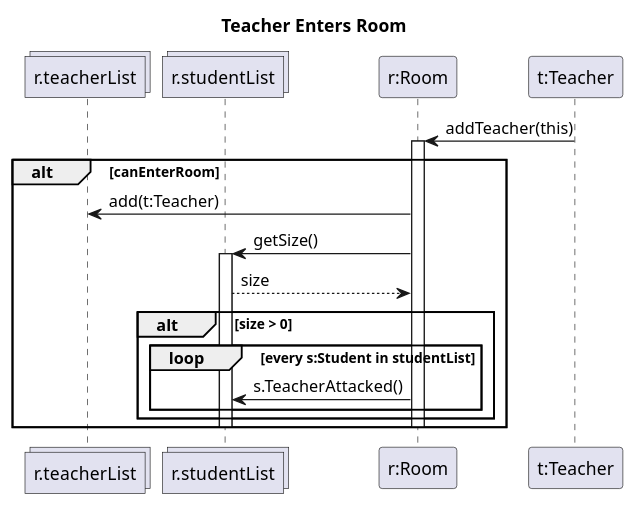
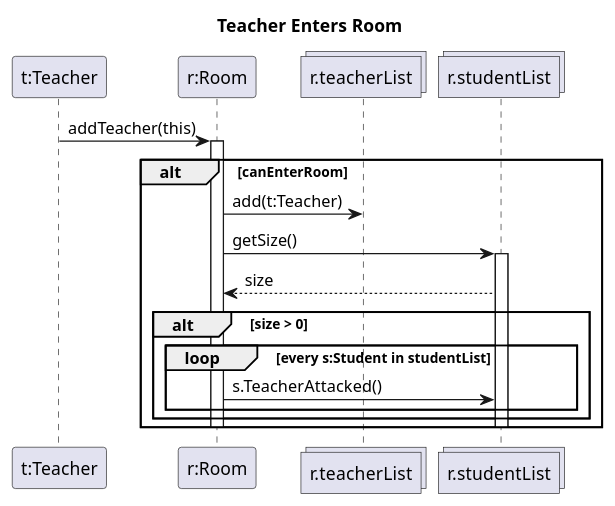
Before and after one commit to MBakter/echo: the diagram in teacher_enters_room.plantuml, drawn with PlantUML. The commit also changed other lines of this file and 6 other files, not shown here.

```diff
--- a/teacher_enters_room.plantuml
+++ b/teacher_enters_room.plantuml
@@ -1,25 +1,25 @@
 @startuml 
 title Teacher Enters Room
+participant "t:Teacher" as Teacher
+participant "r:Room" as Room
 collections "r.teacherList" as tl
 collections "r.studentList" as sl
-participant "r:Room" as Room
-participant "t:Teacher" as Teacher
 
 Teacher -> Room : addTeacher(this)
 alt canEnterRoom
 
     activate Room
         Room -> tl : add(t:Teacher)
             Room -> sl : getSize()
             activate sl
                 sl --> Room : size
 
             alt size > 0
                 loop every s:Student in studentList
                     Room -> sl : s.TeacherAttacked()
                 end
             end
             deactivate sl
     deactivate Room
 end
 @enduml
```
